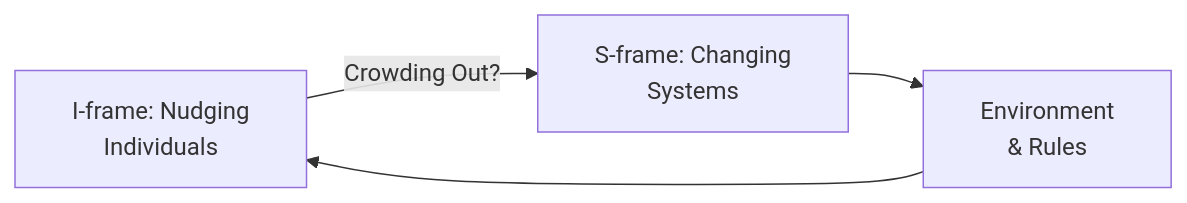
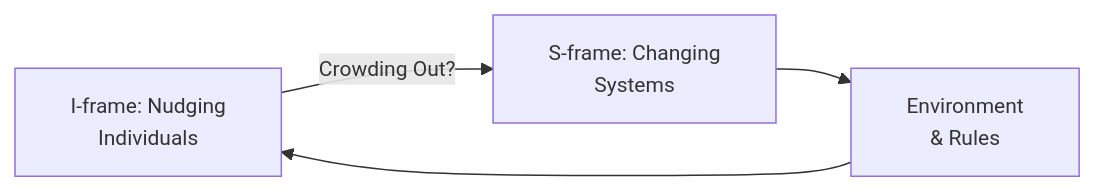
The fifth of 7 diagrams in Communication_Influence/Mastery_Guide_SOW_BS033.md (GM024/CourseSummaries), drawn with Mermaid before and after one commit. The commit also changed other lines of this file, not shown here.

Commit message:
Standardize Mermaid diagrams with 14px font and bold category styling

````diff
--- a/Communication_Influence/Mastery_Guide_SOW_BS033.md
+++ b/Communication_Influence/Mastery_Guide_SOW_BS033.md
@@ -150,6 +156,7 @@
 ```mermaid
+%%{init: {'themeVariables': { 'fontSize': '14px' }}}%%
 graph LR
     I["&nbsp; I-frame: Nudging &nbsp;<br/>&nbsp; Individuals &nbsp;"] -- Crowding Out? --> S["&nbsp; S-frame: Changing &nbsp;<br/>&nbsp; Systems &nbsp;"]
     S --> Environment["&nbsp; Environment &nbsp;<br/>&nbsp; & Rules &nbsp;"]
     Environment --> I
 ```
````
